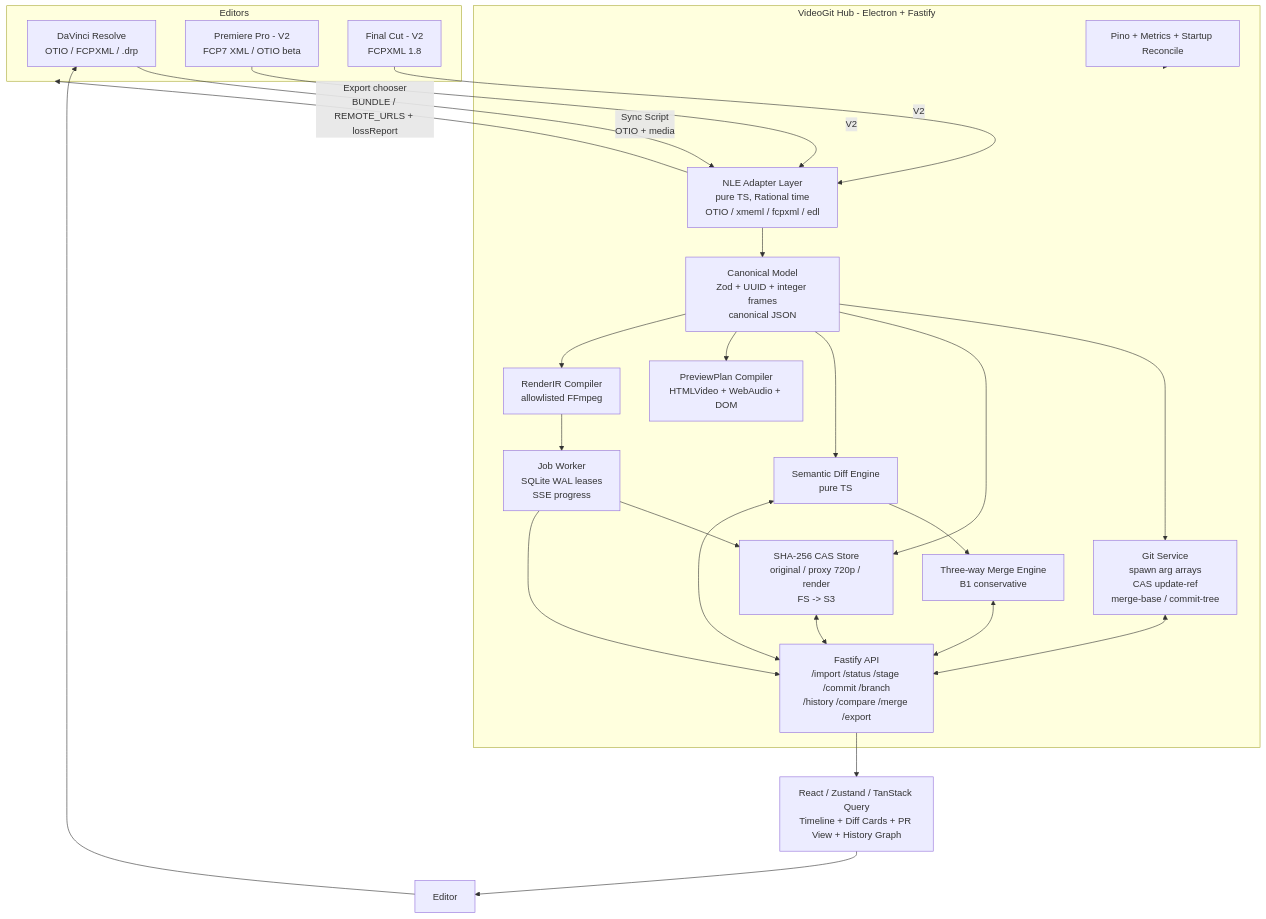
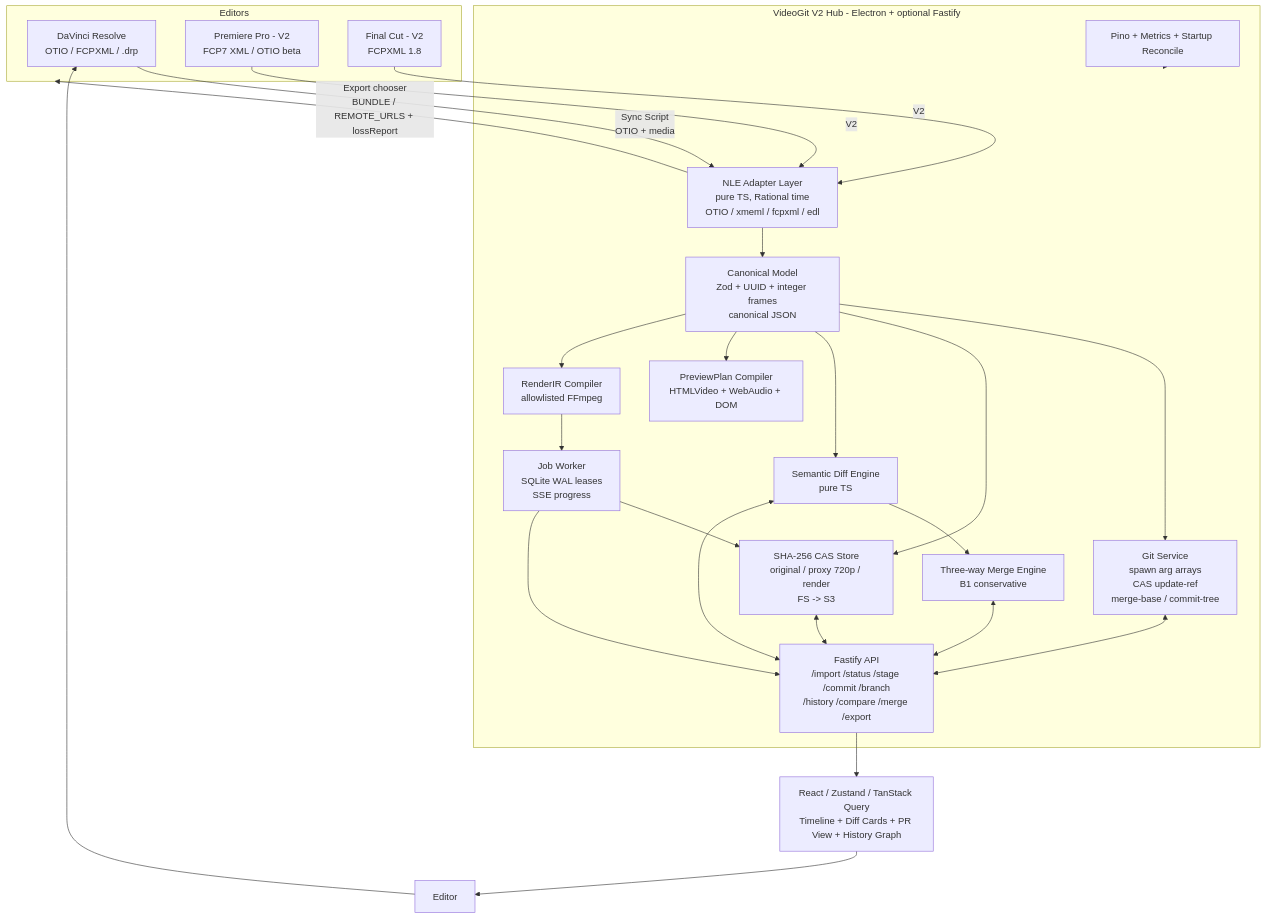
One commit to Nainikap/WhamBamVITShazam changed the diagram in docs/VideoGit_System_Architecture_V1_V2.md. Above: the diagram before and after it, drawn with Mermaid. The commit also changed other lines of this file and 4 other files, not shown here.

````diff
--- a/docs/VideoGit_System_Architecture_V1_V2.md
+++ b/docs/VideoGit_System_Architecture_V1_V2.md
@@ -93,43 +93,43 @@
 ```mermaid
 flowchart TB
     subgraph NLEs[Editors]
         DAV[DaVinci Resolve<br/>OTIO / FCPXML / .drp]
         PRE[Premiere Pro - V2<br/>FCP7 XML / OTIO beta]
         FCP[Final Cut - V2<br/>FCPXML 1.8]
     end
 
     DAV -- "Sync Script<br/>OTIO + media" --> ADAPTER
 
-    subgraph HUB[VideoGit Hub - Electron + Fastify]
+    subgraph HUB[VideoGit V2 Hub - Electron + optional Fastify]
         ADAPTER[NLE Adapter Layer<br/>pure TS, Rational time<br/>OTIO / xmeml / fcpxml / edl]
         CANON[Canonical Model<br/>Zod + UUID + integer frames<br/>canonical JSON]
         GIT[Git Service<br/>spawn arg arrays<br/>CAS update-ref<br/>merge-base / commit-tree]
         CAS[SHA-256 CAS Store<br/>original / proxy 720p / render<br/>FS -> S3]
         DIFF[Semantic Diff Engine<br/>pure TS]
         MERGE[Three-way Merge Engine<br/>B1 conservative]
         PREVIEW[PreviewPlan Compiler<br/>HTMLVideo + WebAudio + DOM]
         RENDER[RenderIR Compiler<br/>allowlisted FFmpeg]
         WORKER[Job Worker<br/>SQLite WAL leases<br/>SSE progress]
         API[Fastify API<br/>/import /status /stage /commit /branch<br/>/history /compare /merge /export]
         OBS[Pino + Metrics + Startup Reconcile]
     end
 
     ADAPTER --> CANON --> GIT
     CANON --> CAS
     CANON --> DIFF --> MERGE
     CANON --> PREVIEW
     CANON --> RENDER --> WORKER --> CAS
     GIT <--> API
     CAS <--> API
     DIFF <--> API
     MERGE <--> API
     WORKER --> API
     OBS --> HUB
 
     API --> UI[React / Zustand / TanStack Query<br/>Timeline + Diff Cards + PR View + History Graph]
     UI --> USER[Editor]
     USER --> DAV
     PRE -- V2 --> ADAPTER
     FCP -- V2 --> ADAPTER
     ADAPTER -- "Export chooser<br/>BUNDLE / REMOTE_URLS + lossReport" --> NLEs
 ```
````
